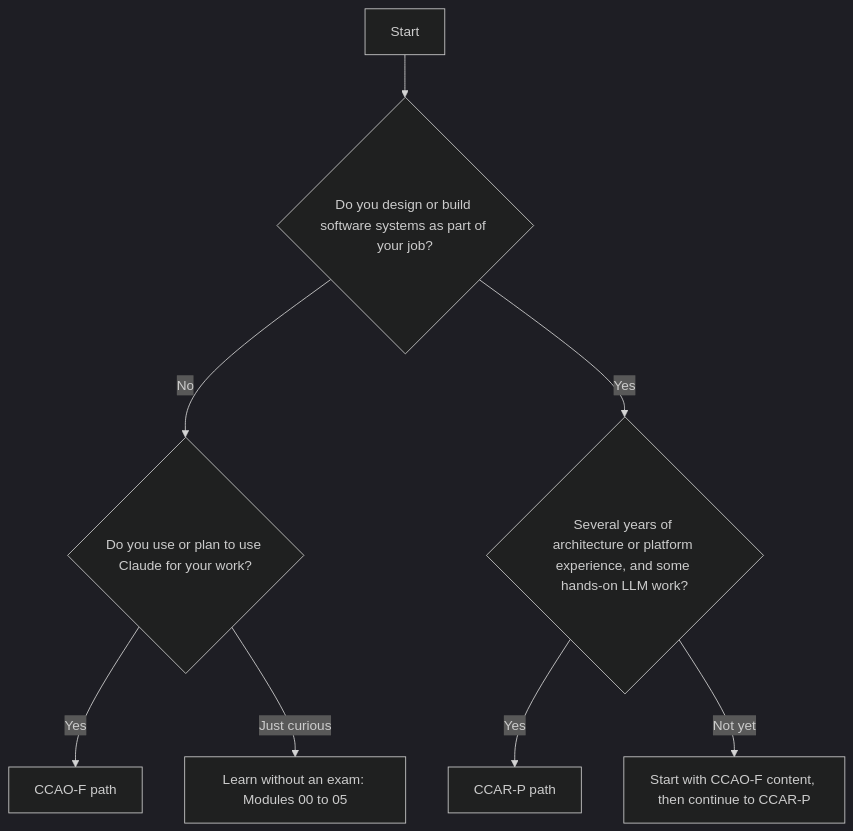
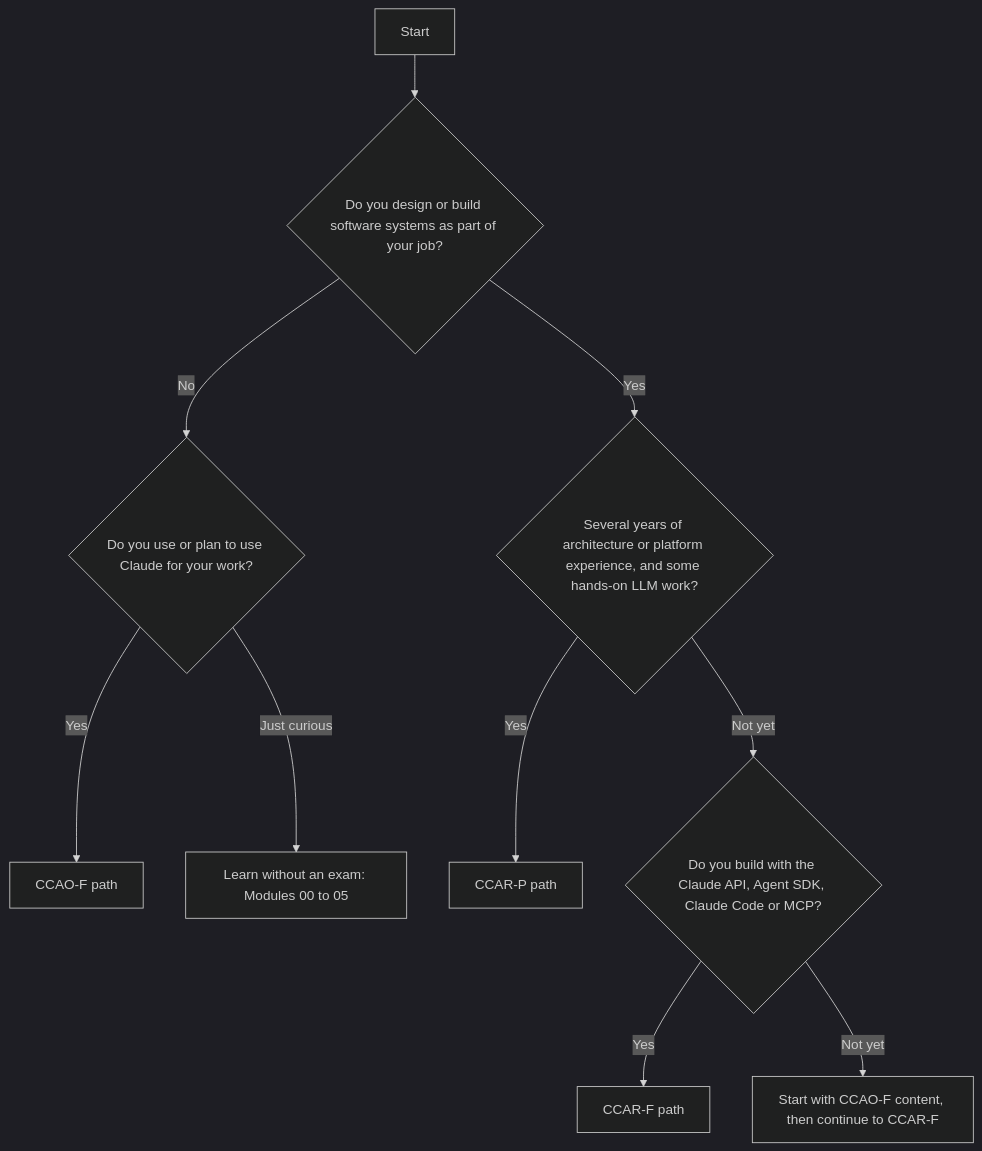
The diagram in 00-getting-started/choose-your-path.md (codedevloper/claude-certification-zero-to-hero), drawn with Mermaid (dark theme) before and after one commit. The commit also changed other lines of this file and 53 other files, not shown here.

````diff
--- a/00-getting-started/choose-your-path.md
+++ b/00-getting-started/choose-your-path.md
@@ -51,10 +54,12 @@
 ```mermaid
 flowchart TD
     A[Start] --> B{Do you design or build software systems as part of your job?}
     B -- No --> C{Do you use or plan to use Claude for your work?}
     C -- Yes --> F[CCAO-F path]
     C -- Just curious --> L[Learn without an exam: Modules 00 to 05]
     B -- Yes --> D{Several years of architecture or platform experience, and some hands-on LLM work?}
     D -- Yes --> P[CCAR-P path]
-    D -- Not yet --> E[Start with CCAO-F content, then continue to CCAR-P]
+    D -- Not yet --> G{Do you build with the Claude API, Agent SDK, Claude Code or MCP?}
+    G -- Yes --> R[CCAR-F path]
+    G -- Not yet --> E[Start with CCAO-F content, then continue to CCAR-F]
 ```
````
